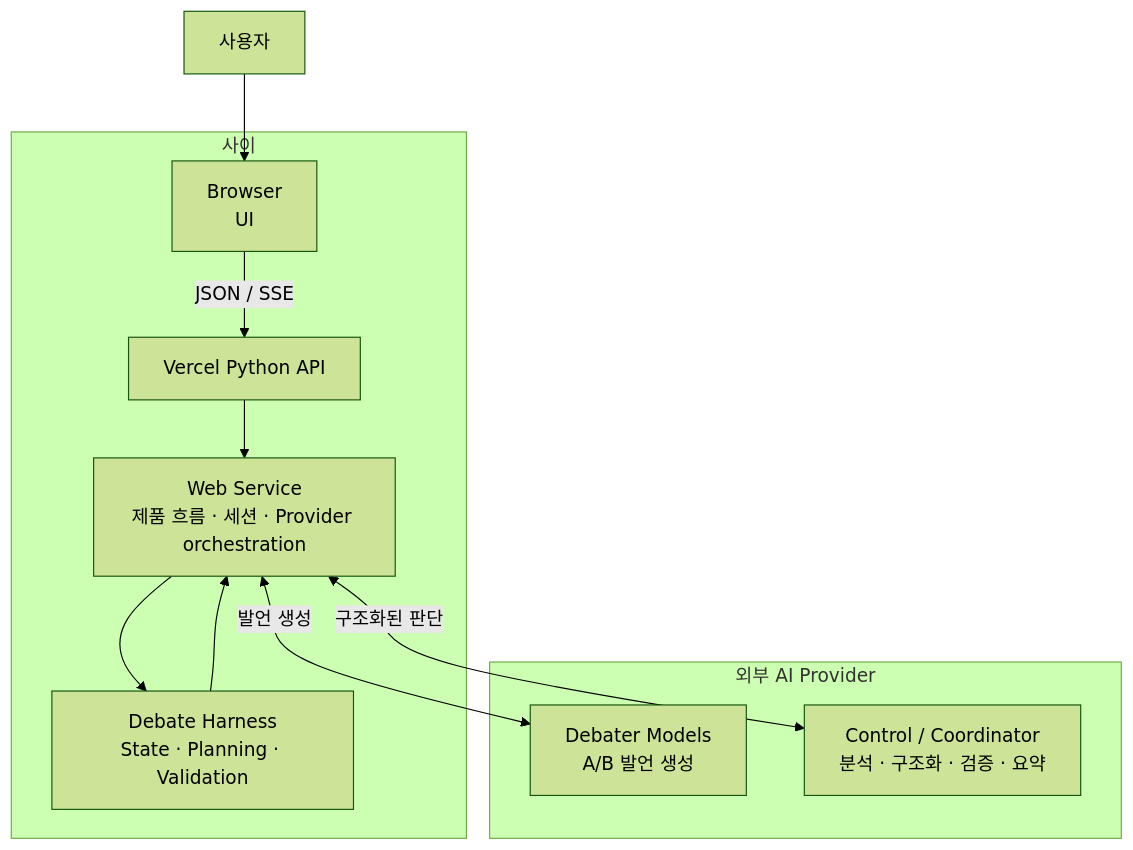
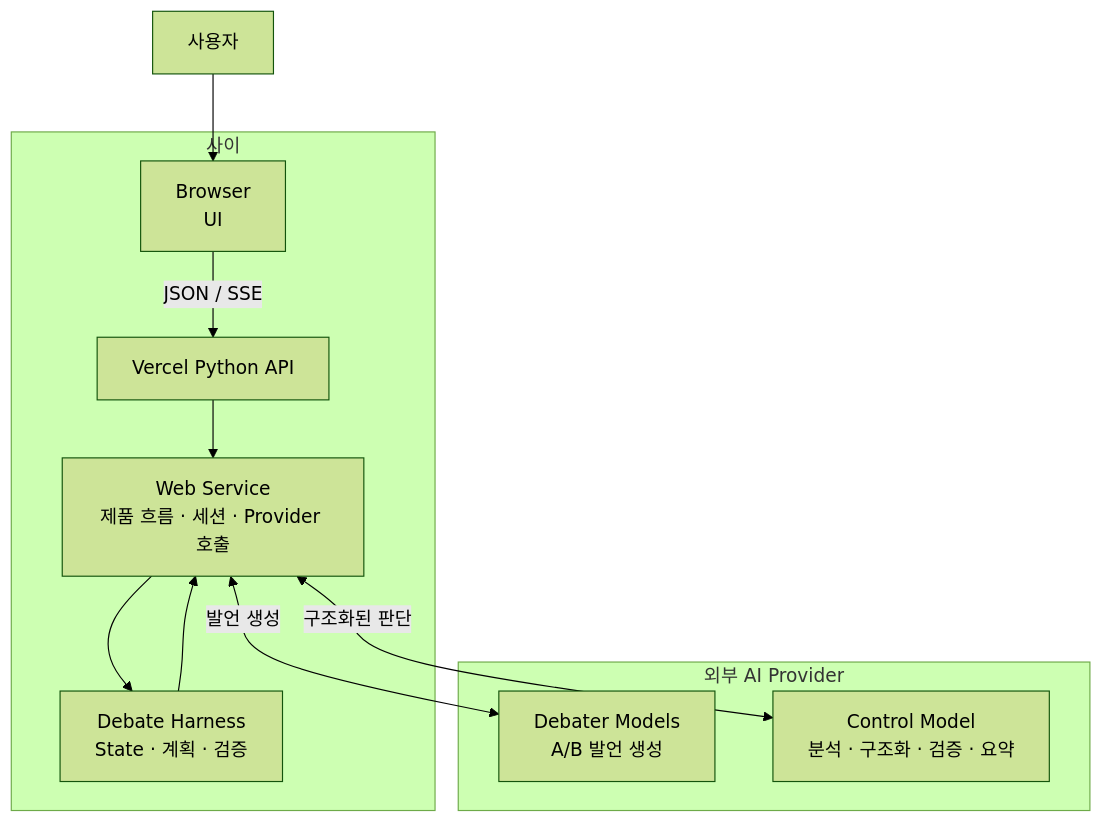
The third of 5 diagrams in README.md (hodob/A1-3), drawn with Mermaid (forest theme) before and after one commit. The commit also changed other lines of this file, not shown here.

```diff
--- a/README.md
+++ b/README.md
@@ -92,25 +103,25 @@
 ~~~mermaid
 flowchart TD
     U[사용자]
 
     subgraph SAI[사이]
         B[Browser<br/>UI]
         API[Vercel Python API]
-        W[Web Service<br/>제품 흐름 · 세션 · Provider orchestration]
-        H[Debate Harness<br/>State · Planning · Validation]
+        W[Web Service<br/>제품 흐름 · 세션 · Provider 호출]
+        H[Debate Harness<br/>State · 계획 · 검증]
 
         B -->|JSON / SSE| API
         API --> W
         W --> H
         H --> W
     end
 
     subgraph EXT[외부 AI Provider]
         D[Debater Models<br/>A/B 발언 생성]
-        C[Control / Coordinator<br/>분석 · 구조화 · 검증 · 요약]
+        C[Control Model<br/>분석 · 구조화 · 검증 · 요약]
     end
 
     U --> B
     W <-->|발언 생성| D
     W <-->|구조화된 판단| C
 ~~~
```
